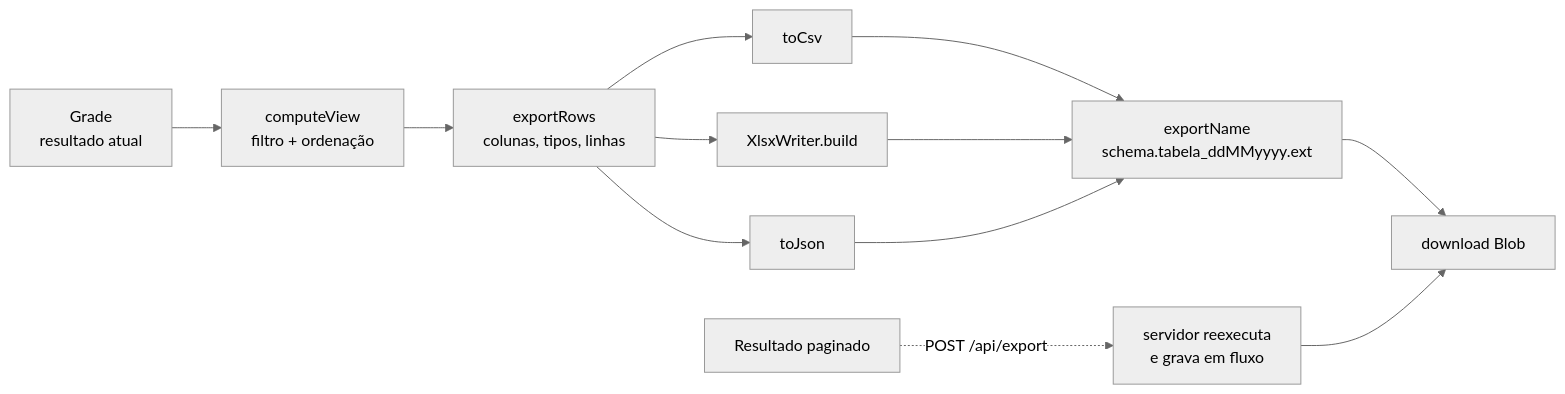
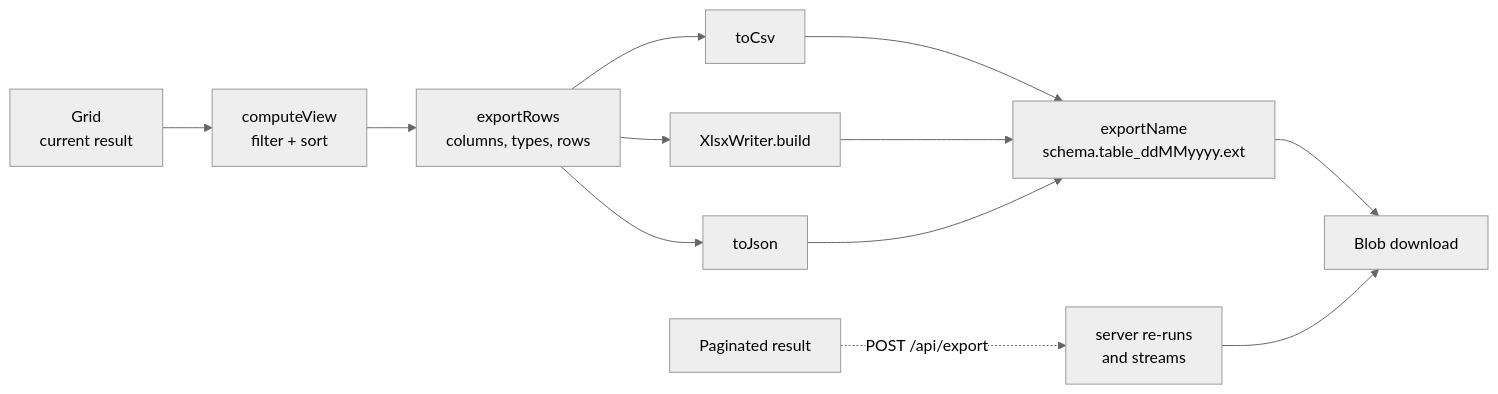
Before and after one commit to sinvalfelisberto/sql-server-admin: the fourth of 4 diagrams in docs/architecture.md, drawn with Mermaid (neutral theme). The commit also changed other lines of this file and 38 other files, not shown here.

First line of the commit message:
feat: enhance Excel export with decimal formatting and server-side pagination

````diff
--- a/docs/architecture.md
+++ b/docs/architecture.md
@@ -112,10 +112,10 @@
 ```mermaid
 flowchart LR
-    G[Grade<br/>resultado atual] --> V[computeView<br/>filtro + ordenação]
-    V --> X[exportRows<br/>colunas, tipos, linhas]
+    G[Grid<br/>current result] --> V[computeView<br/>filter + sort]
+    V --> X[exportRows<br/>columns, types, rows]
     X --> CSV[toCsv]
     X --> XL[XlsxWriter.build]
     X --> JS[toJson]
-    CSV & XL & JS --> N[exportName<br/>schema.tabela_ddMMyyyy.ext] --> DL[download Blob]
-    P[Resultado paginado] -. POST /api/export .-> SRV[servidor reexecuta<br/>e grava em fluxo] --> DL
+    CSV & XL & JS --> N[exportName<br/>schema.table_ddMMyyyy.ext] --> DL[Blob download]
+    P[Paginated result] -. POST /api/export .-> SRV[server re-runs<br/>and streams] --> DL
 ```
````
